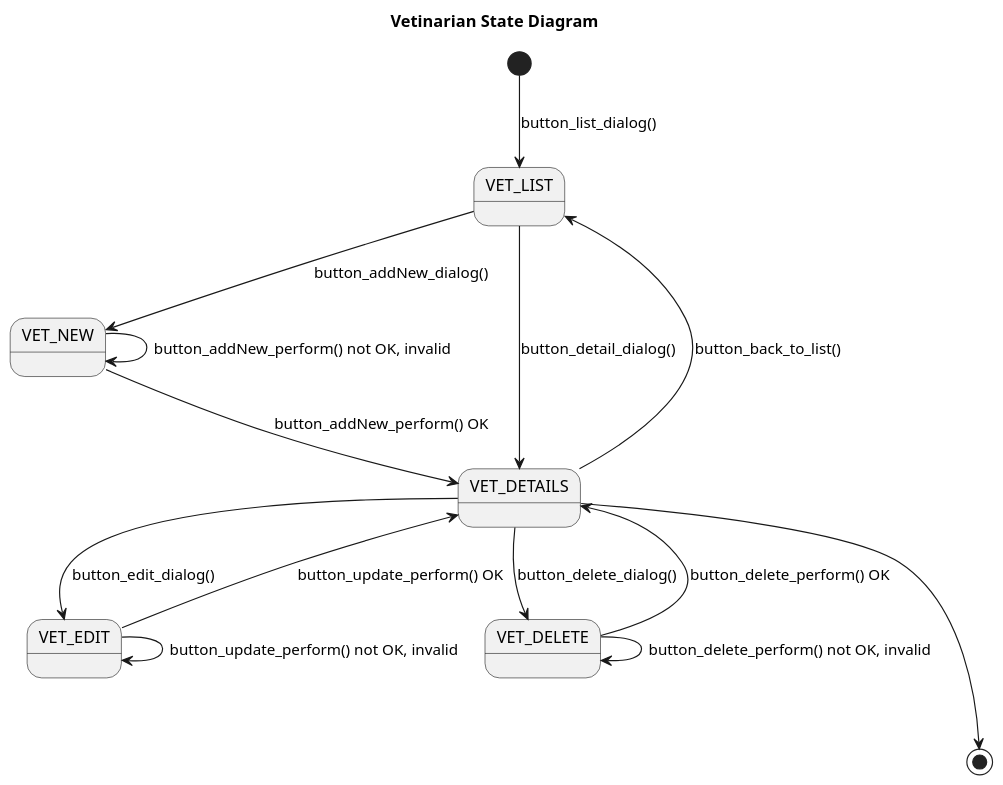
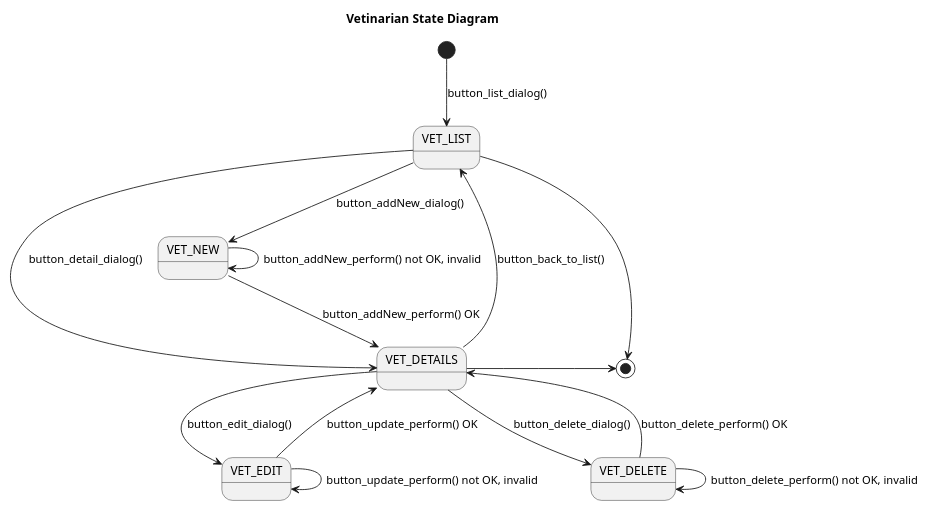
The diagram in puml/vet/concept/Vet__UseCase__State.puml (Jakarta-EE-Petclinic/petclinic-uml), drawn with PlantUML before and after one commit. The commit also changed 4 other files, not shown here.

```diff
--- a/puml/vet/concept/Vet__UseCase__State.puml
+++ b/puml/vet/concept/Vet__UseCase__State.puml
@@ -1,37 +1,38 @@
 @startuml
 
 title Vetinarian State Diagram
 
 'https://plantuml.com/state-diagram
 
 ' left to right direction
 top to bottom direction
 
 scale 1000 width
 
 [*] --> VET_LIST: button_list_dialog()
 
 VET_LIST --> VET_NEW : button_addNew_dialog()
 state VET_NEW {
     VET_NEW --> VET_NEW : button_addNew_perform() not OK, invalid
 }
 VET_NEW --> VET_DETAILS: button_addNew_perform() OK
 
 VET_LIST --> VET_DETAILS: button_detail_dialog()
 VET_DETAILS --> VET_LIST : button_back_to_list()
 
 VET_DETAILS --> VET_EDIT: button_edit_dialog()
 state VET_EDIT {
     VET_EDIT --> VET_EDIT: button_update_perform() not OK, invalid
 }
 VET_EDIT --> VET_DETAILS: button_update_perform() OK
 
 VET_DETAILS --> VET_DELETE: button_delete_dialog()
 state VET_DELETE {
     VET_DELETE --> VET_DELETE: button_delete_perform() not OK, invalid
 }
 VET_DELETE --> VET_DETAILS: button_delete_perform() OK
 
-VET_DETAILS ---> [*]
+VET_LIST -> [*]
+VET_DETAILS -> [*]
 
 @enduml
```
